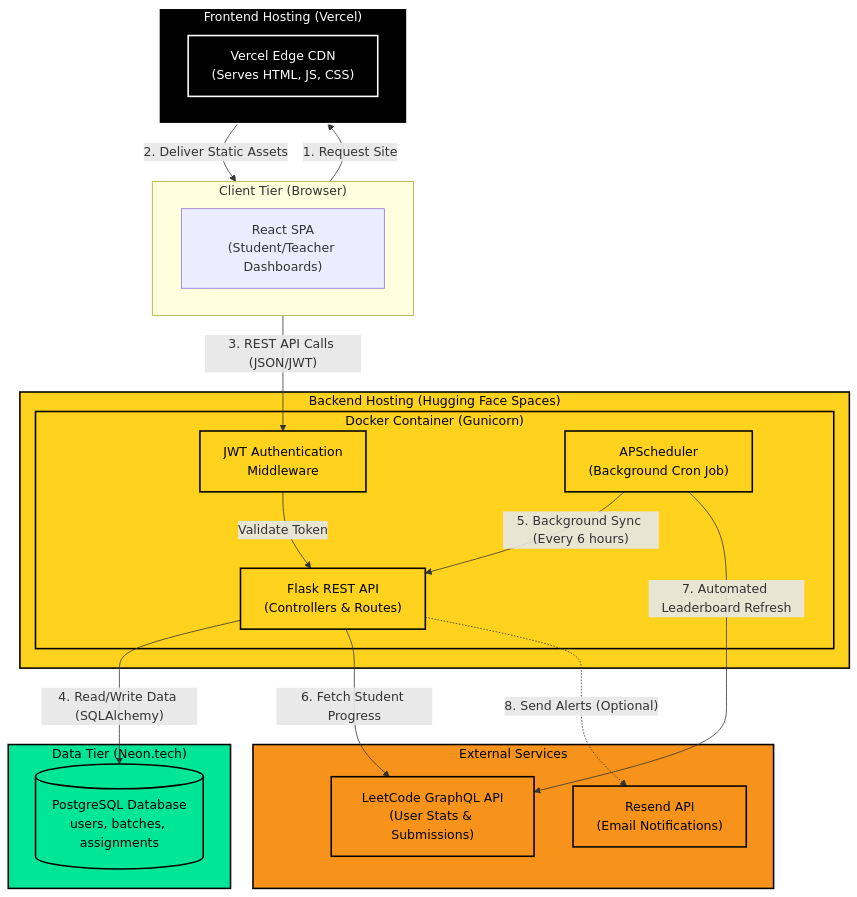
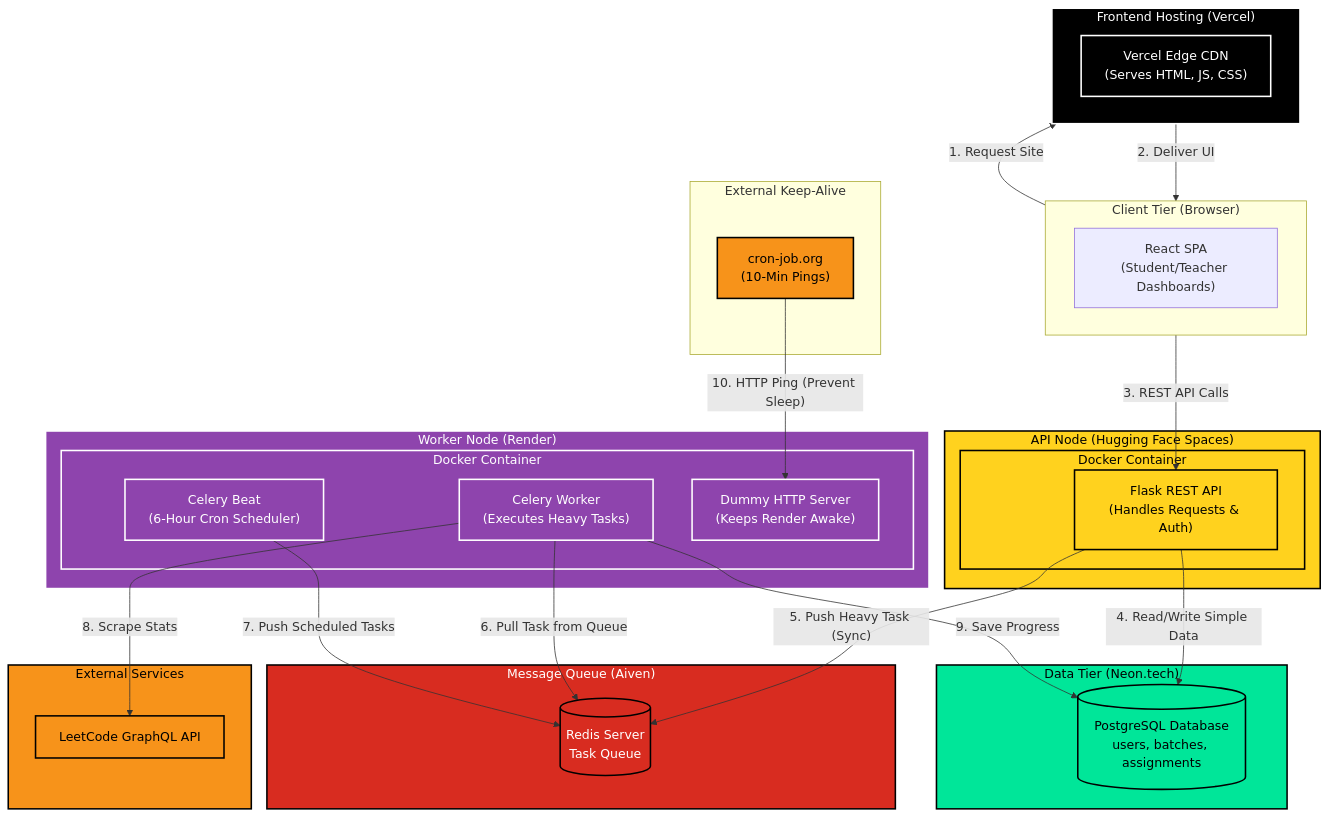
One commit to ashu7531/LeetPulse changed the diagram in ARCHITECTURE.md. Above: the diagram before and after it, drawn with Mermaid. The commit also changed other lines of this file and 1 other file, not shown here.

Commit message:
docs: Update README and ARCHITECTURE to reflect distributed Celery/Redis microservice stack

````diff
--- a/ARCHITECTURE.md
+++ b/ARCHITECTURE.md
@@ -9,58 +9,80 @@
 ```mermaid
 graph TD
     %% Client Tier
     subgraph Client ["Client Tier (Browser)"]
         UI["React SPA\n(Student/Teacher Dashboards)"]
     end
 
     %% Frontend Hosting
     subgraph Vercel ["Frontend Hosting (Vercel)"]
         Static["Vercel Edge CDN\n(Serves HTML, JS, CSS)"]
     end
 
-    %% Backend Hosting
-    subgraph HF ["Backend Hosting (Hugging Face Spaces)"]
-        subgraph Docker ["Docker Container (Gunicorn)"]
-            Flask["Flask REST API\n(Controllers & Routes)"]
-            Auth["JWT Authentication\nMiddleware"]
-            Scheduler["APScheduler\n(Background Cron Job)"]
+    %% API Node Hosting
+    subgraph HF ["API Node (Hugging Face Spaces)"]
+        subgraph HFDocker ["Docker Container"]
+            Flask["Flask REST API\n(Handles Requests & Auth)"]
         end
+    end
+
+    %% Message Broker
+    subgraph Aiven ["Message Queue (Aiven)"]
+        Redis[(Redis Server\nTask Queue)]
+    end
+
+    %% Background Worker Hosting
+    subgraph Render ["Worker Node (Render)"]
+        subgraph RenderDocker ["Docker Container"]
+            Celery["Celery Worker\n(Executes Heavy Tasks)"]
+            Beat["Celery Beat\n(6-Hour Cron Scheduler)"]
+            Dummy["Dummy HTTP Server\n(Keeps Render Awake)"]
+        end
+    end
+
+    %% Keep-Alive Service
+    subgraph CronJob ["External Keep-Alive"]
+        Pinger["cron-job.org\n(10-Min Pings)"]
     end
 
     %% Data Tier
     subgraph Database ["Data Tier (Neon.tech)"]
         PG[(PostgreSQL Database\nusers, batches, assignments)]
     end
 
     %% External APIs
     subgraph External ["External Services"]
-        LC["LeetCode GraphQL API\n(User Stats & Submissions)"]
-        Resend["Resend API\n(Email Notifications)"]
+        LC["LeetCode GraphQL API"]
     end
 
     %% Connections
     Client -- "1. Request Site" --> Vercel
-    Vercel -- "2. Deliver Static Assets" --> Client
+    Vercel -- "2. Deliver UI" --> Client
     
-    Client -- "3. REST API Calls (JSON/JWT)" --> Auth
-    Auth -- "Validate Token" --> Flask
+    Client -- "3. REST API Calls" --> Flask
+    Flask -- "4. Read/Write Simple Data" --> PG
     
-    Flask -- "4. Read/Write Data (SQLAlchemy)" --> PG
-    Scheduler -- "5. Background Sync (Every 6 hours)" --> Flask
+    Flask -- "5. Push Heavy Task (Sync)" --> Redis
+    Celery -- "6. Pull Task from Queue" --> Redis
     
-    Flask -- "6. Fetch Student Progress" --> LC
-    Scheduler -- "7. Automated Leaderboard Refresh" --> LC
+    Beat -- "7. Push Scheduled Tasks" --> Redis
     
-    Flask -. "8. Send Alerts (Optional)" .-> Resend
+    Celery -- "8. Scrape Stats" --> LC
+    Celery -- "9. Save Progress" --> PG
+    
+    Pinger -- "10. HTTP Ping (Prevent Sleep)" --> Dummy
 
     %% Styling
     classDef frontend fill:#000000,stroke:#ffffff,stroke-width:2px,color:#ffffff;
     classDef backend fill:#FFD21E,stroke:#000000,stroke-width:2px,color:#000000;
+    classDef broker fill:#D82C20,stroke:#000000,stroke-width:2px,color:#ffffff;
+    classDef worker fill:#8E44AD,stroke:#ffffff,stroke-width:2px,color:#ffffff;
     classDef db fill:#00E699,stroke:#000000,stroke-width:2px,color:#000000;
     classDef external fill:#F7931A,stroke:#000000,stroke-width:2px,color:#000000;
     
     class Vercel,Static frontend;
-    class HF,Docker,Flask,Auth,Scheduler backend;
+    class HF,HFDocker,Flask backend;
+    class Aiven,Redis broker;
+    class Render,RenderDocker,Celery,Beat,Dummy worker;
     class Database,PG db;
-    class External,LC,Resend external;
+    class External,LC,Pinger external;
 ```
````
